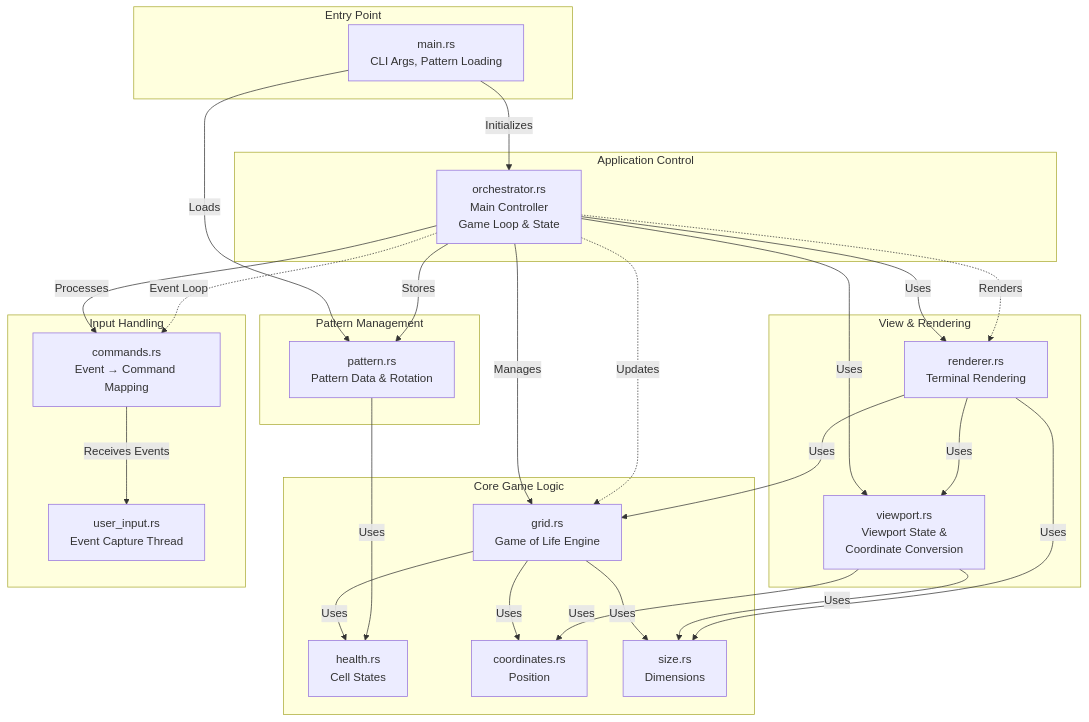
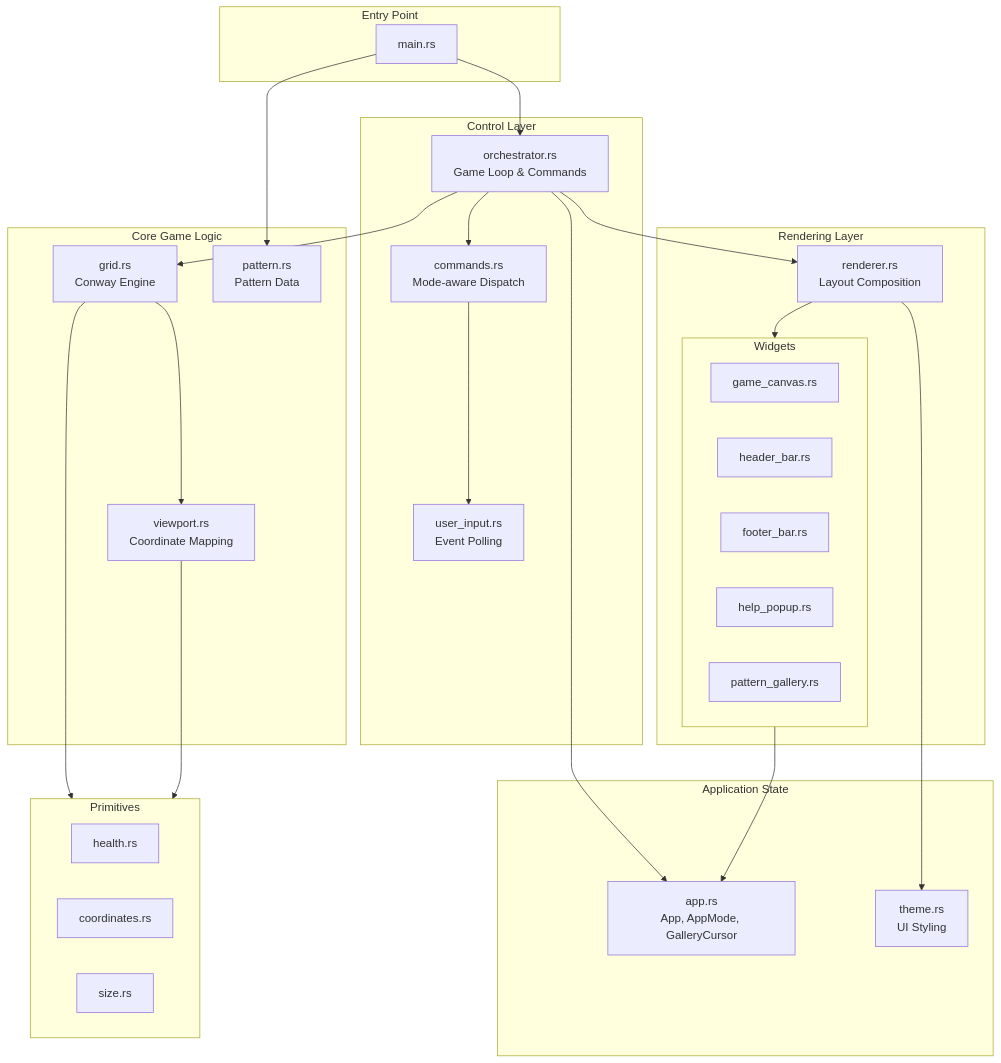
One commit to deweyjose/rustling changed the diagram in README.md. Above: the diagram before and after it, drawn with Mermaid. The commit also changed other lines of this file, not shown here.

````diff
--- a/README.md
+++ b/README.md
@@ -169,59 +148,54 @@
 ```mermaid
 flowchart TB
     subgraph Entry["Entry Point"]
-        Main[main.rs<br/>CLI Args, Pattern Loading]
+        Main[main.rs]
     end
-    
+
+    subgraph State["Application State"]
+        App[app.rs<br/>App, AppMode, GalleryCursor]
+        Theme[theme.rs<br/>UI Styling]
+    end
+
+    subgraph Control["Control Layer"]
+        Orchestrator[orchestrator.rs<br/>Game Loop & Commands]
+        Commands[commands.rs<br/>Mode-aware Dispatch]
+        UserInput[user_input.rs<br/>Event Polling]
+    end
+
+    subgraph Rendering["Rendering Layer"]
+        Renderer[renderer.rs<br/>Layout Composition]
+        subgraph Widgets["Widgets"]
+            GameCanvas[game_canvas.rs]
+            HeaderBar[header_bar.rs]
+            FooterBar[footer_bar.rs]
+            HelpPopup[help_popup.rs]
+            PatternGallery[pattern_gallery.rs]
+        end
+    end
+
     subgraph Core["Core Game Logic"]
-        Grid[grid.rs<br/>Game of Life Engine]
-        Health[health.rs<br/>Cell States]
-        Coordinates[coordinates.rs<br/>Position]
-        Size[size.rs<br/>Dimensions]
+        Grid[grid.rs<br/>Conway Engine]
+        Viewport[viewport.rs<br/>Coordinate Mapping]
+        Pattern[pattern.rs<br/>Pattern Data]
     end
-    
-    subgraph Patterns["Pattern Management"]
-        Pattern[pattern.rs<br/>Pattern Data & Rotation]
+
+    subgraph Primitives["Primitives"]
+        Health[health.rs]
+        Coordinates[coordinates.rs]
+        Size[size.rs]
     end
-    
-    subgraph View["View & Rendering"]
-        Viewport[viewport.rs<br/>Viewport State &<br/>Coordinate Conversion]
-        Renderer[renderer.rs<br/>Terminal Rendering]
-    end
-    
-    subgraph Control["Application Control"]
-        Orchestrator[orchestrator.rs<br/>Main Controller<br/>Game Loop & State]
-    end
-    
-    subgraph Input["Input Handling"]
-        UserInput[user_input.rs<br/>Event Capture Thread]
-        Commands[commands.rs<br/>Event → Command Mapping]
-    end
-    
-    Main -->|Initializes| Orchestrator
-    Main -->|Loads| Pattern
-    
-    Orchestrator -->|Manages| Grid
-    Orchestrator -->|Uses| Viewport
-    Orchestrator -->|Uses| Renderer
-    Orchestrator -->|Processes| Commands
-    Orchestrator -->|Stores| Pattern
-    
-    Grid -->|Uses| Health
-    Grid -->|Uses| Coordinates
-    Grid -->|Uses| Size
-    
-    Viewport -->|Uses| Coordinates
-    Viewport -->|Uses| Size
-    
-    Renderer -->|Uses| Grid
-    Renderer -->|Uses| Viewport
-    Renderer -->|Uses| Size
-    
-    Commands -->|Receives Events| UserInput
-    
-    Pattern -->|Uses| Health
-    
-    Orchestrator -.->|Event Loop| Commands
-    Orchestrator -.->|Renders| Renderer
-    Orchestrator -.->|Updates| Grid
+
+    Main --> Orchestrator
+    Main --> Pattern
+    Orchestrator --> App
+    Orchestrator --> Renderer
+    Orchestrator --> Commands
+    Orchestrator --> Grid
+    Commands --> UserInput
+    Renderer --> Widgets
+    Renderer --> Theme
+    Widgets --> App
+    Grid --> Viewport
+    Grid --> Primitives
+    Viewport --> Primitives
 ```
````
